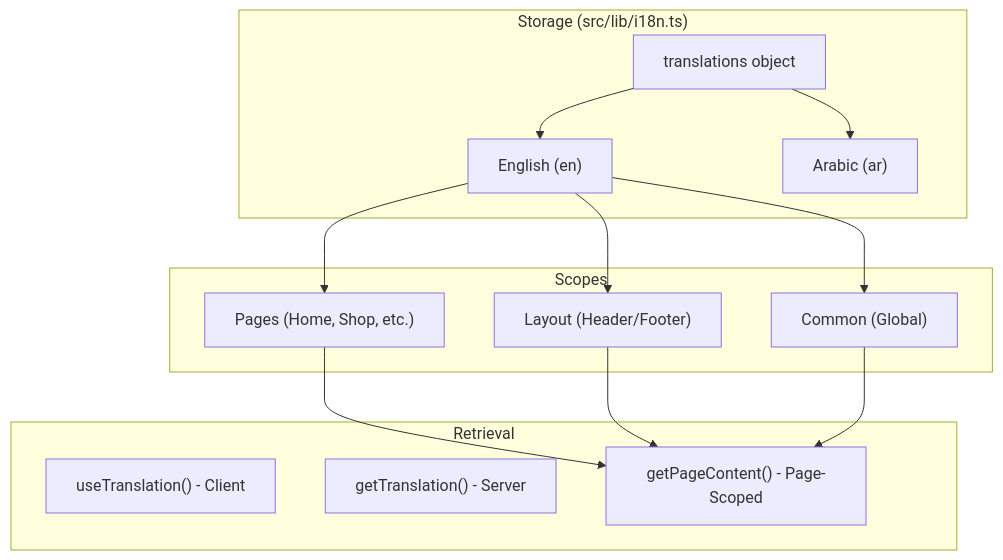
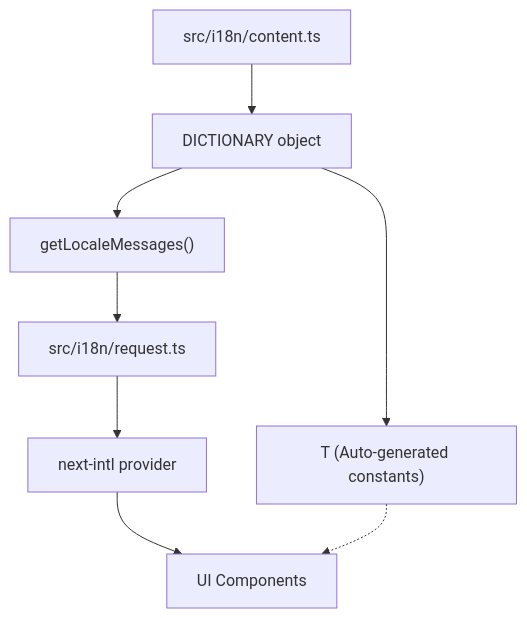
Before and after one commit to 3mrhussein/findeg: the diagram in docs/guides/STATIC_CONTENT.md, drawn with Mermaid. The commit also changed other lines of this file and 82 other files, not shown here.

````diff
--- a/docs/guides/STATIC_CONTENT.md
+++ b/docs/guides/STATIC_CONTENT.md
@@ -9,24 +9,12 @@
 ```mermaid
 graph TD
-    subgraph "Storage (src/lib/i18n.ts)"
-        T["translations object"]
-        T --> EN["English (en)"]
-        T --> AR["Arabic (ar)"]
-    end
-
-    subgraph "Scopes"
-        EN --> Common["Common (Global)"]
-        EN --> Layout["Layout (Header/Footer)"]
-        EN --> Pages["Pages (Home, Shop, etc.)"]
-    end
-
-    subgraph "Retrieval"
-        UT["useTranslation() - Client"]
-        GT["getTranslation() - Server"]
-        GC["getPageContent() - Page-Scoped"]
-    end
-
-    Pages --> GC
-    Layout --> GC
-    Common --> GC
+    Source["src/i18n/content.ts"] --> DICT["DICTIONARY object"]
+    DICT --> T["T (Auto-generated constants)"]
+    DICT --> MSG["getLocaleMessages()"]
+    
+    MSG --> Request["src/i18n/request.ts"]
+    Request --> NextIntl["next-intl provider"]
+    
+    NextIntl --> UI["UI Components"]
+    T -.-> UI
 ```
````
